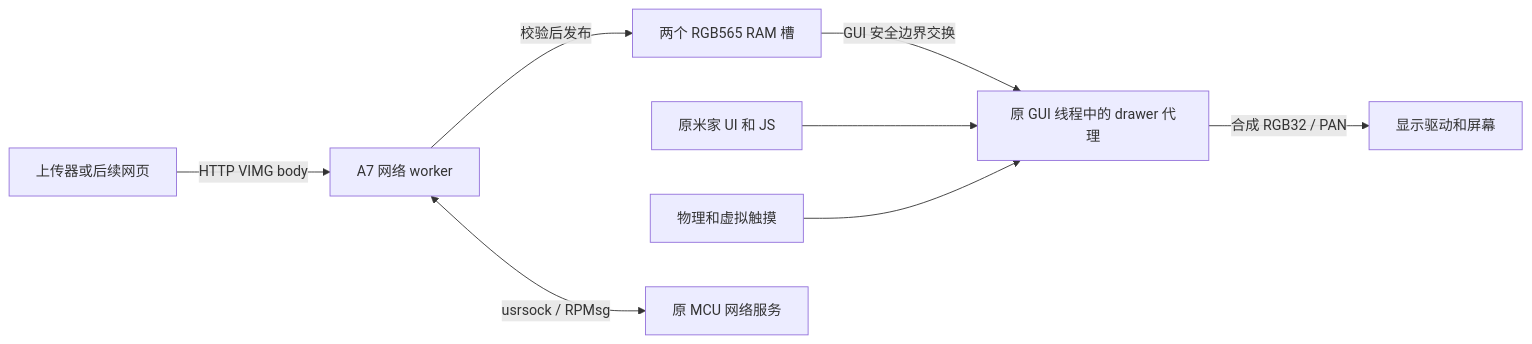
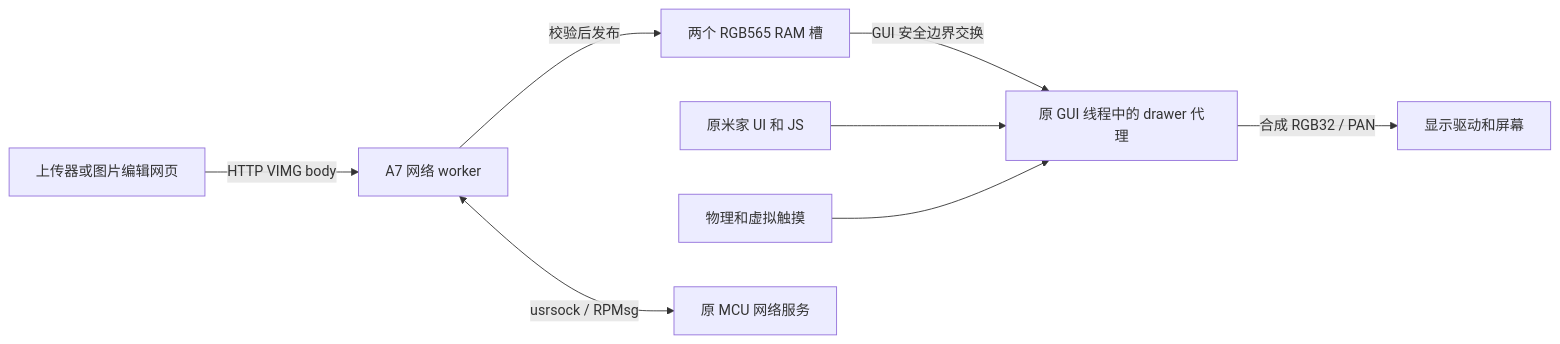
One commit to vilicvane/xiaomi.controller.86v1 changed the diagram in docs/architecture.md. Above: the diagram before and after it, drawn with Mermaid. The commit also changed other lines of this file and 19 other files, not shown here.

````diff
--- a/docs/architecture.md
+++ b/docs/architecture.md
@@ -18,10 +18,10 @@
 ```mermaid
 flowchart LR
-    Client[上传器或后续网页] -->|HTTP VIMG body| Worker[A7 网络 worker]
+    Client[上传器或图片编辑网页] -->|HTTP VIMG body| Worker[A7 网络 worker]
     Worker -->|校验后发布| Slots[两个 RGB565 RAM 槽]
     Slots -->|GUI 安全边界交换| GUI[原 GUI 线程中的 drawer 代理]
     Original[原米家 UI 和 JS] --> GUI
     Touch[物理和虚拟触摸] --> GUI
     GUI -->|合成 RGB32 / PAN| Screen[显示驱动和屏幕]
     Worker <-->|usrsock / RPMsg| MCU[原 MCU 网络服务]
 ```
````
